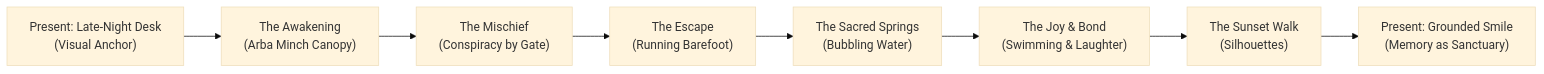
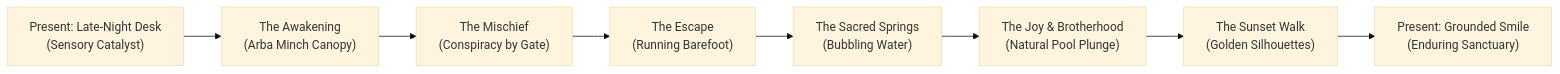
One commit to Mehretu/heritage-short changed the first of 2 diagrams in REPORT.md. Above: the diagram before and after it, drawn with Mermaid (base theme). The commit also changed other lines of this file and 1 other file, not shown here.

````diff
--- a/REPORT.md
+++ b/REPORT.md
@@ -19,10 +21,10 @@
 ```mermaid
 flowchart LR
-    A["Present: Late-Night Desk<br/>(Visual Anchor)"] --> B["The Awakening<br/>(Arba Minch Canopy)"]
+    A["Present: Late-Night Desk<br/>(Sensory Catalyst)"] --> B["The Awakening<br/>(Arba Minch Canopy)"]
     B --> C["The Mischief<br/>(Conspiracy by Gate)"]
     C --> D["The Escape<br/>(Running Barefoot)"]
     D --> E["The Sacred Springs<br/>(Bubbling Water)"]
-    E --> F["The Joy & Bond<br/>(Swimming & Laughter)"]
-    F --> G["The Sunset Walk<br/>(Silhouettes)"]
-    G --> H["Present: Grounded Smile<br/>(Memory as Sanctuary)"]
+    E --> F["The Joy & Brotherhood<br/>(Natural Pool Plunge)"]
+    F --> G["The Sunset Walk<br/>(Golden Silhouettes)"]
+    G --> H["Present: Grounded Smile<br/>(Enduring Sanctuary)"]
 ```
````
